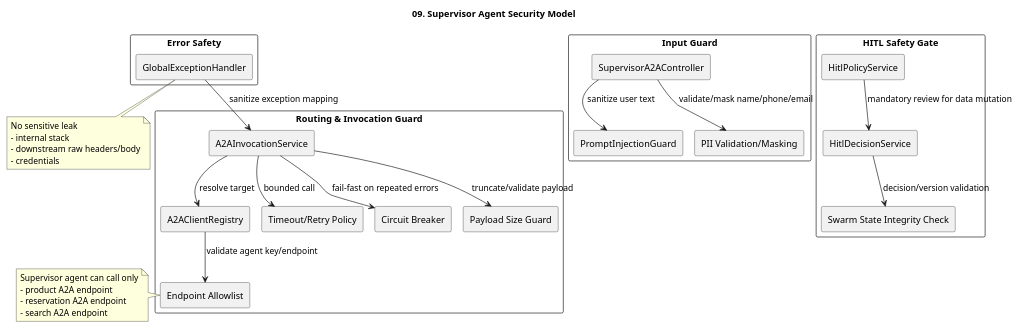
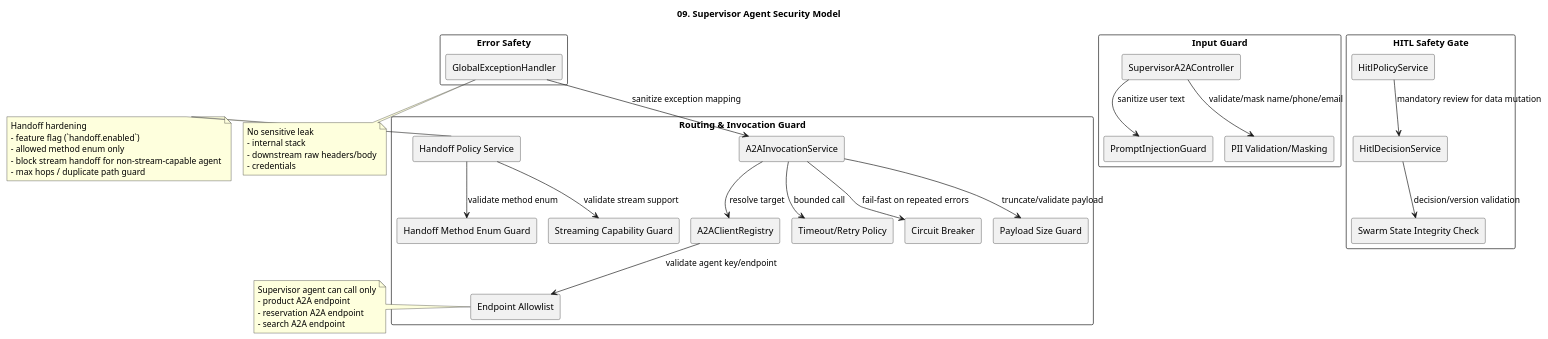
The diagram in documents/a2a-host_agent-architecture/09-security-model.puml (kim57uak/spring-ai), drawn with PlantUML before and after one commit. The commit also changed 69 other files, not shown here.

```diff
--- a/documents/a2a-host_agent-architecture/09-security-model.puml
+++ b/documents/a2a-host_agent-architecture/09-security-model.puml
@@ -1,63 +1,78 @@
 @startuml
 !pragma layout smetana
 title 09. Supervisor Agent Security Model
 
 skinparam shadowing false
 skinparam componentStyle rectangle
 
 rectangle "Input Guard" {
   [SupervisorA2AController] as SupervisorA2AController
   [PromptInjectionGuard] as PromptGuard
   [PII Validation/Masking] as PiiGuard
 }
 
 rectangle "Routing & Invocation Guard" {
   [A2AClientRegistry] as Registry
   [Endpoint Allowlist] as Allowlist
   [A2AInvocationService] as Invoker
+  [Handoff Policy Service] as HandoffPolicy
+  [Handoff Method Enum Guard] as MethodGuard
+  [Streaming Capability Guard] as StreamGuard
   [Timeout/Retry Policy] as TimeoutRetry
   [Circuit Breaker] as CircuitBreaker
   [Payload Size Guard] as PayloadGuard
 }
 
 rectangle "Error Safety" {
   [GlobalExceptionHandler] as ErrorHandler
 }
 
 rectangle "HITL Safety Gate" {
   [HitlPolicyService] as HitlPolicy
   [HitlDecisionService] as HitlDecision
   [Swarm State Integrity Check] as SwarmIntegrity
 }
 
 SupervisorA2AController --> PromptGuard : sanitize user text
 SupervisorA2AController --> PiiGuard : validate/mask name/phone/email
 Invoker --> Registry : resolve target
 Registry --> Allowlist : validate agent key/endpoint
 Invoker --> TimeoutRetry : bounded call
 Invoker --> CircuitBreaker : fail-fast on repeated errors
 Invoker --> PayloadGuard : truncate/validate payload
+HandoffPolicy --> MethodGuard : validate method enum
+HandoffPolicy --> StreamGuard : validate stream support
 ErrorHandler --> Invoker : sanitize exception mapping
 HitlPolicy --> HitlDecision : mandatory review for data mutation
 HitlDecision --> SwarmIntegrity : decision/version validation
 
 note right of Allowlist
 Supervisor agent can call only
 - product A2A endpoint
 - reservation A2A endpoint
 - search A2A endpoint
 end note
 
+note right of HandoffPolicy
+Handoff hardening
+- feature flag (`handoff.enabled`)
+- allowed method enum only
+- block stream handoff for non-stream-capable agent
+- max hops / duplicate path guard
+end note
+
 note bottom of ErrorHandler
 No sensitive leak
 - internal stack
 - downstream raw headers/body
 - credentials
 end note
 
+' 2026-04-13 sync with doc 34
+' - add handoff guardrails to security boundary
 ' 2026-04-12 sync with docs 30/31
 ' - Scope: HITL decision limited to APPROVE/CANCEL in current phase
 ' - Data mutation requests (create/update/delete) require mandatory HITL
 ' - A2A compatibility mode keeps both legacy and v1.0 methods
 ' - User profile input collection is deferred to next phase
 @enduml
```
